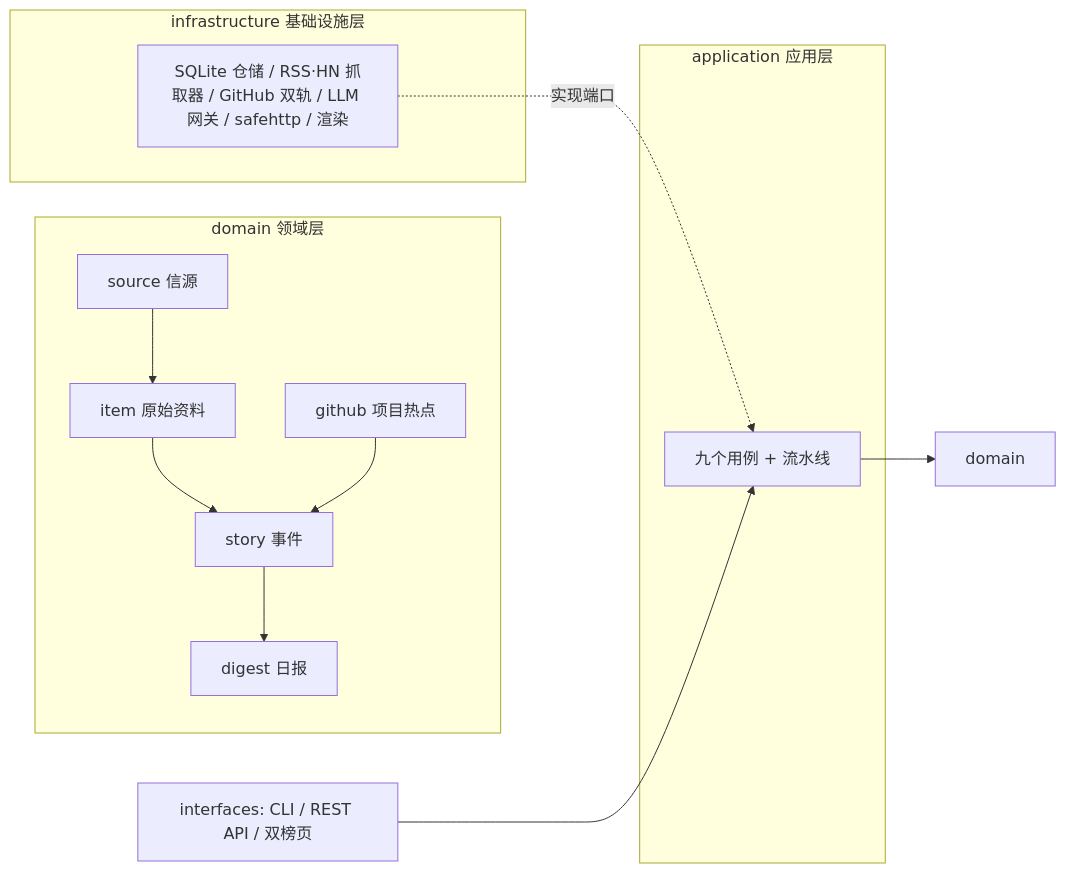
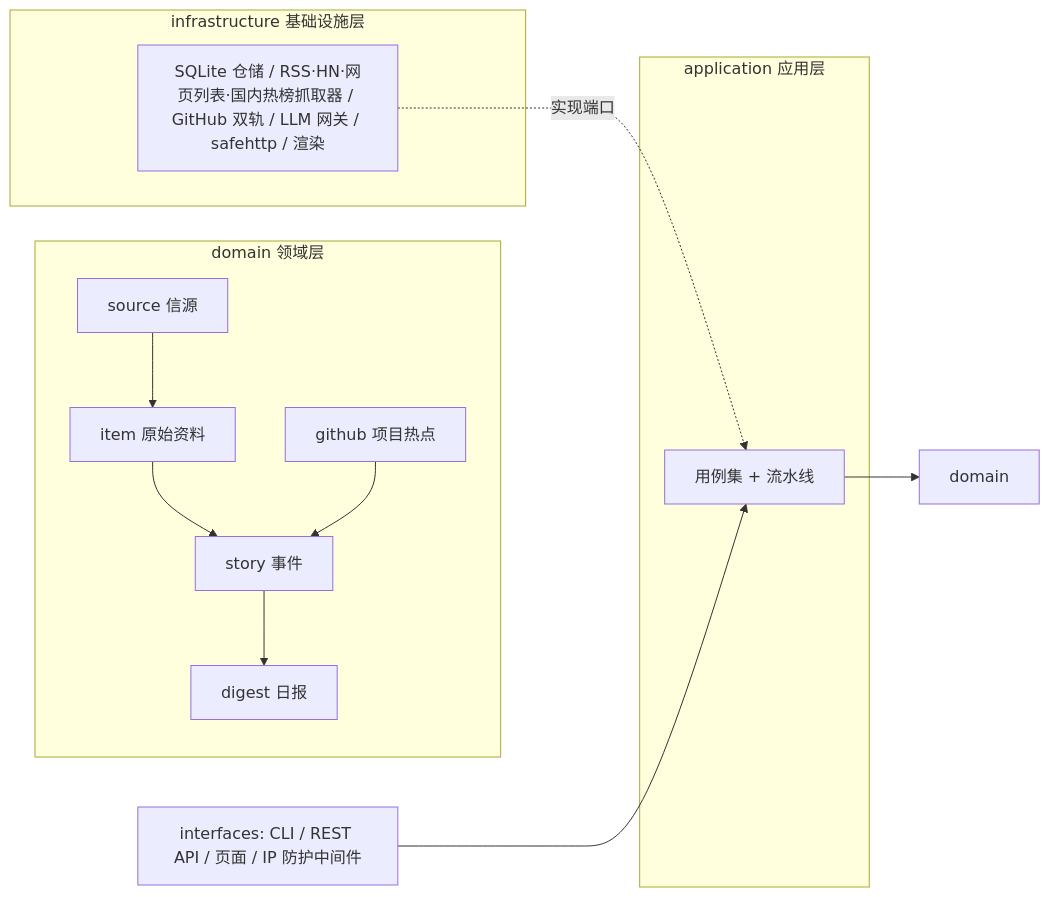
Before and after one commit to NoraStory/GithubHot: the diagram in docs/architecture.md, drawn with Mermaid. The commit also changed other lines of this file and 4 other files, not shown here.

````diff
--- a/docs/architecture.md
+++ b/docs/architecture.md
@@ -8,18 +8,18 @@
 ```mermaid
 graph LR
     subgraph domain 领域层
         SRC[source 信源] --> ITEM[item 原始资料]
         ITEM --> STORY[story 事件]
         GH[github 项目热点] --> STORY
         STORY --> DIG[digest 日报]
     end
     subgraph application 应用层
-        UC[九个用例 + 流水线]
+        UC[用例集 + 流水线]
     end
     subgraph infrastructure 基础设施层
-        AD[SQLite 仓储 / RSS·HN 抓取器 / GitHub 双轨 / LLM 网关 / safehttp / 渲染]
+        AD[SQLite 仓储 / RSS·HN·网页列表·国内热榜抓取器 / GitHub 双轨 / LLM 网关 / safehttp / 渲染]
     end
     UC --> domain
     AD -.实现端口.-> UC
-    IF[interfaces: CLI / REST API / 双榜页] --> UC
+    IF[interfaces: CLI / REST API / 页面 / IP 防护中间件] --> UC
 ```
````
